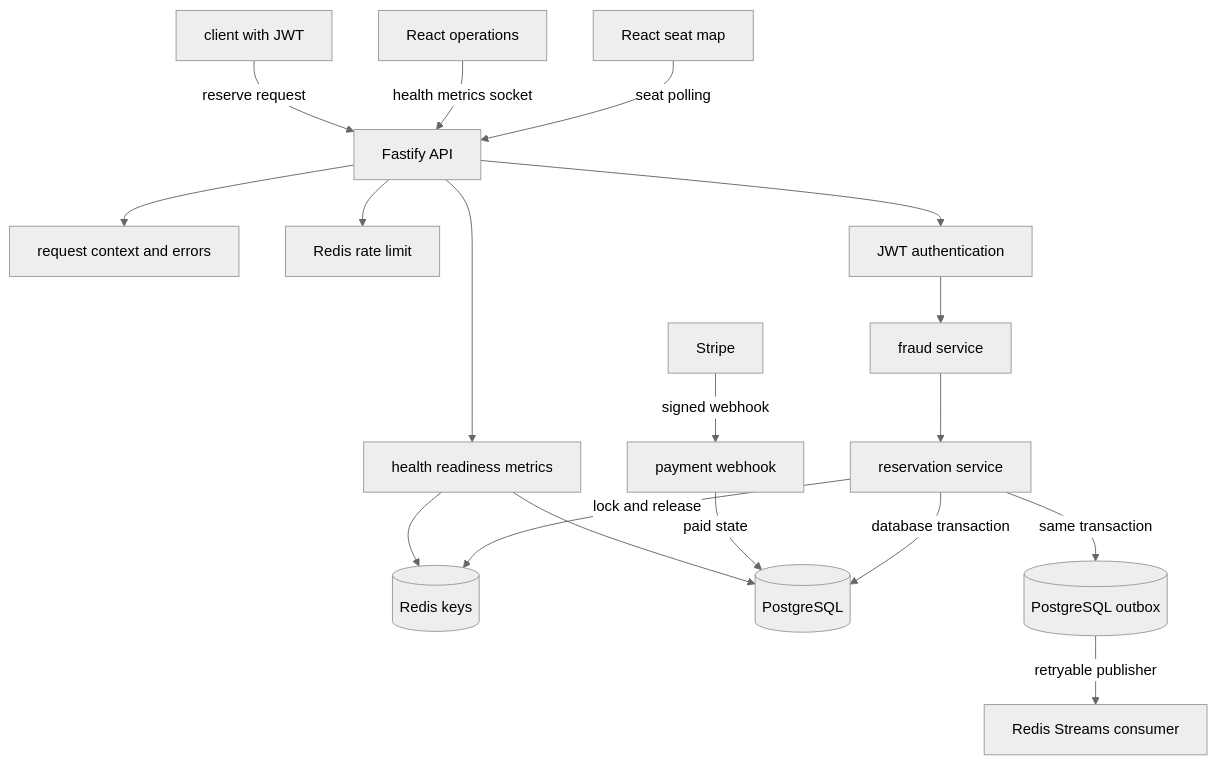
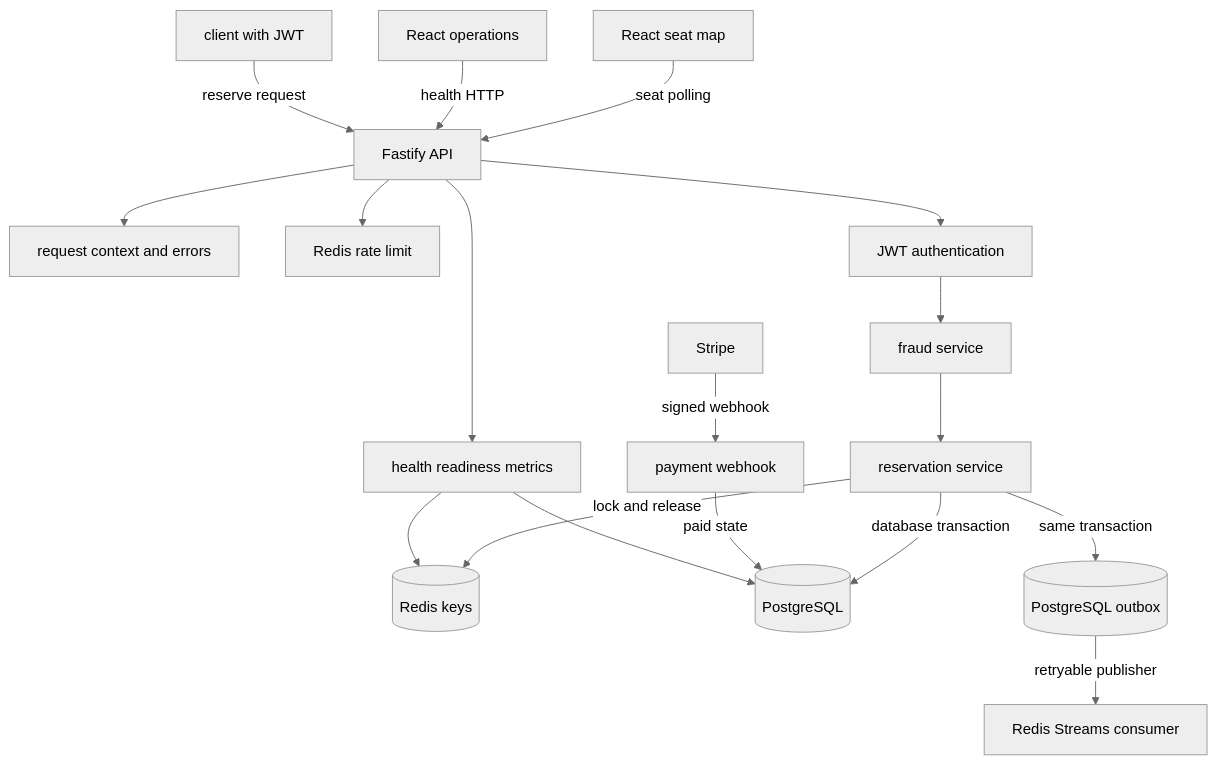
The first of 3 diagrams in docs/ARCHITECTURE.md (genesisgzdev/Project-MegaTicketing), drawn with Mermaid (neutral theme) before and after one commit. The commit also changed other lines of this file and 64 other files, not shown here.

```diff
--- a/docs/ARCHITECTURE.md
+++ b/docs/ARCHITECTURE.md
@@ -11,20 +11,20 @@
 ~~~mermaid
 flowchart TB
     WEB[React seat map] -->|seat polling| HTTP[Fastify API]
-    OPS[React operations] -->|health metrics socket| HTTP
+    OPS[React operations] -->|health HTTP| HTTP
     CLIENT[client with JWT] -->|reserve request| HTTP
     HTTP --> CTX[request context and errors]
     HTTP --> RL[Redis rate limit]
     HTTP --> AUTH[JWT authentication]
     AUTH --> FRAUD[fraud service]
     FRAUD --> RES[reservation service]
     RES -->|lock and release| R[(Redis keys)]
     RES -->|database transaction| DB[(PostgreSQL)]
     RES -->|same transaction| OUT[(PostgreSQL outbox)]
     OUT -->|retryable publisher| ORD[Redis Streams consumer]
     STRIPE[Stripe] -->|signed webhook| PAY[payment webhook]
     PAY -->|paid state| DB
     HTTP --> HEALTH[health readiness metrics]
     HEALTH --> DB
     HEALTH --> R
 ~~~
```
